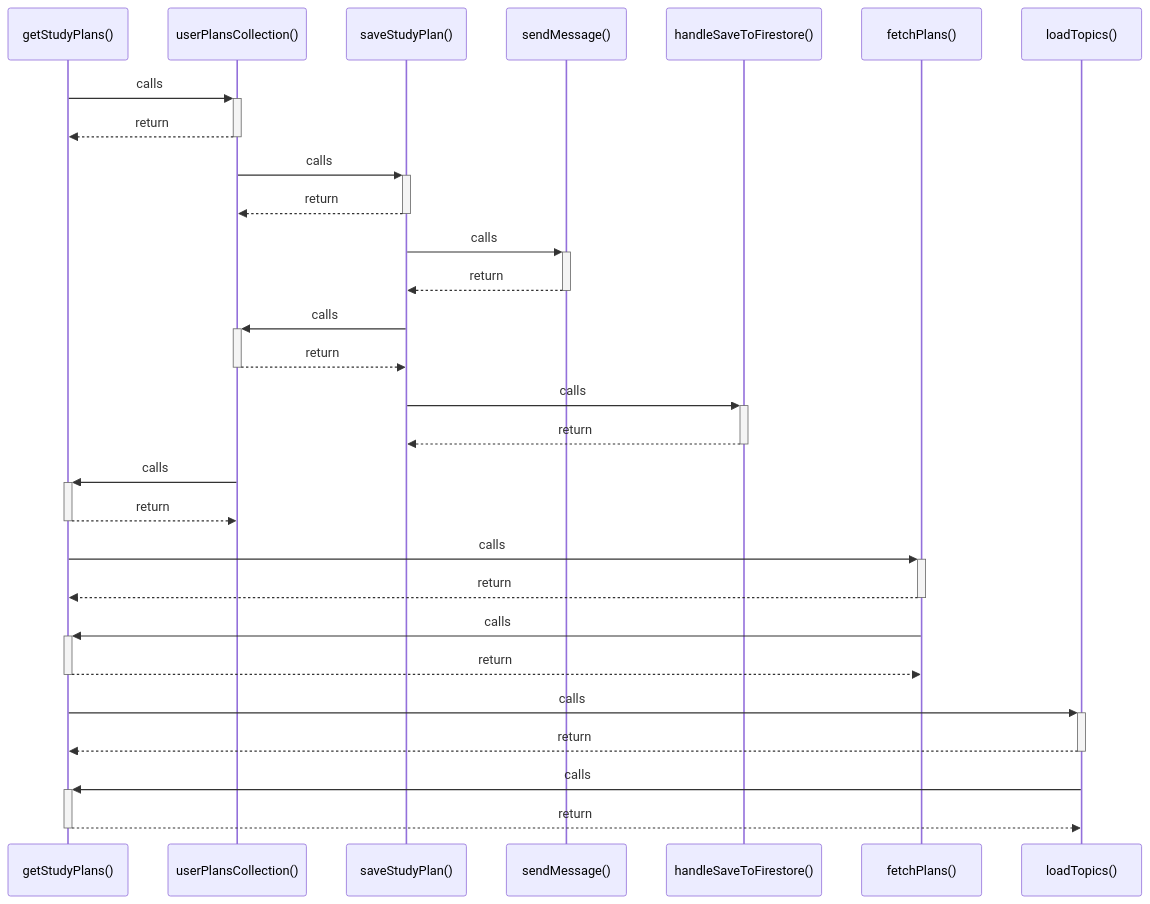
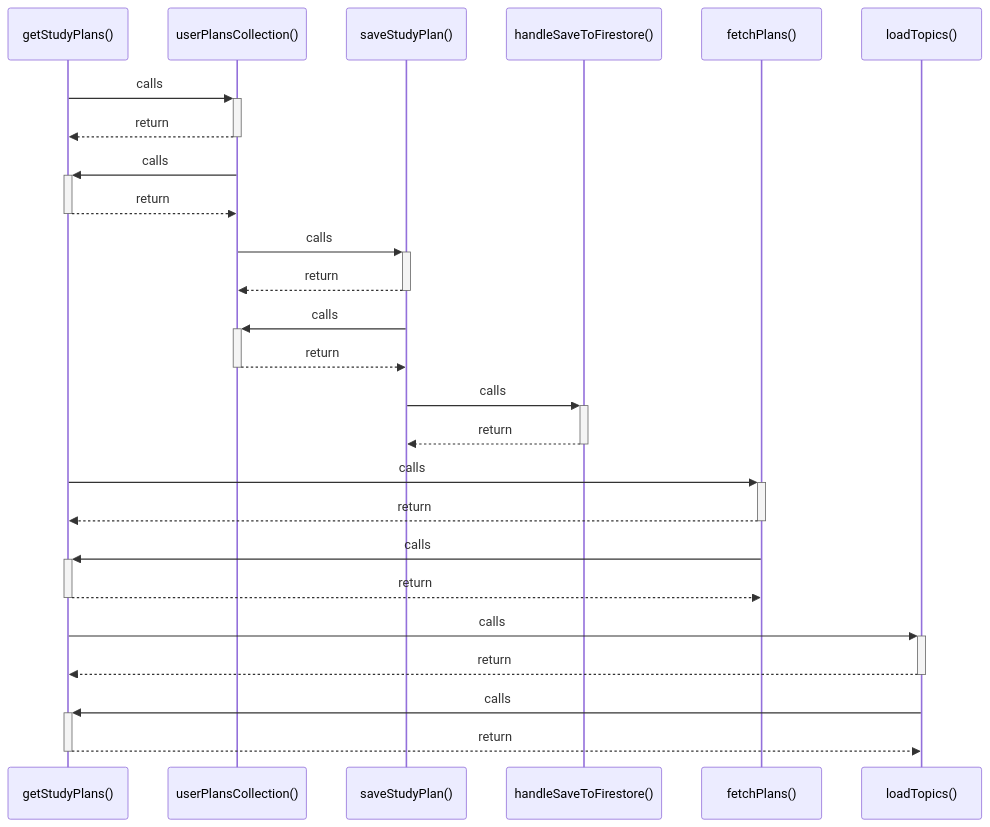
The diagram in src/graphify-out/wiki/getStudyPlans().md (Exselsa/studysync-ai), drawn with Mermaid before and after one commit. The commit also changed 23 other files, not shown here.

````diff
--- a/src/graphify-out/wiki/getStudyPlans().md
+++ b/src/graphify-out/wiki/getStudyPlans().md
@@ -7,30 +7,27 @@
 ```mermaid
 sequenceDiagram
     participant P0 as getStudyPlans()
     participant P1 as userPlansCollection()
     participant P2 as saveStudyPlan()
-    participant P3 as sendMessage()
-    participant P4 as handleSaveToFirestore()
-    participant P5 as fetchPlans()
-    participant P6 as loadTopics()
+    participant P3 as handleSaveToFirestore()
+    participant P4 as fetchPlans()
+    participant P5 as loadTopics()
     P0->>+ P1: calls
     P1-->>- P0: return
+    P1->>+ P0: calls
+    P0-->>- P1: return
     P1->>+ P2: calls
     P2-->>- P1: return
+    P2->>+ P1: calls
+    P1-->>- P2: return
     P2->>+ P3: calls
     P3-->>- P2: return
-    P2->>+ P1: calls
-    P1-->>- P2: return
-    P2->>+ P4: calls
-    P4-->>- P2: return
-    P1->>+ P0: calls
-    P0-->>- P1: return
+    P0->>+ P4: calls
+    P4-->>- P0: return
+    P4->>+ P0: calls
+    P0-->>- P4: return
     P0->>+ P5: calls
     P5-->>- P0: return
     P5->>+ P0: calls
     P0-->>- P5: return
-    P0->>+ P6: calls
-    P6-->>- P0: return
-    P6->>+ P0: calls
-    P0-->>- P6: return
 ```
````
